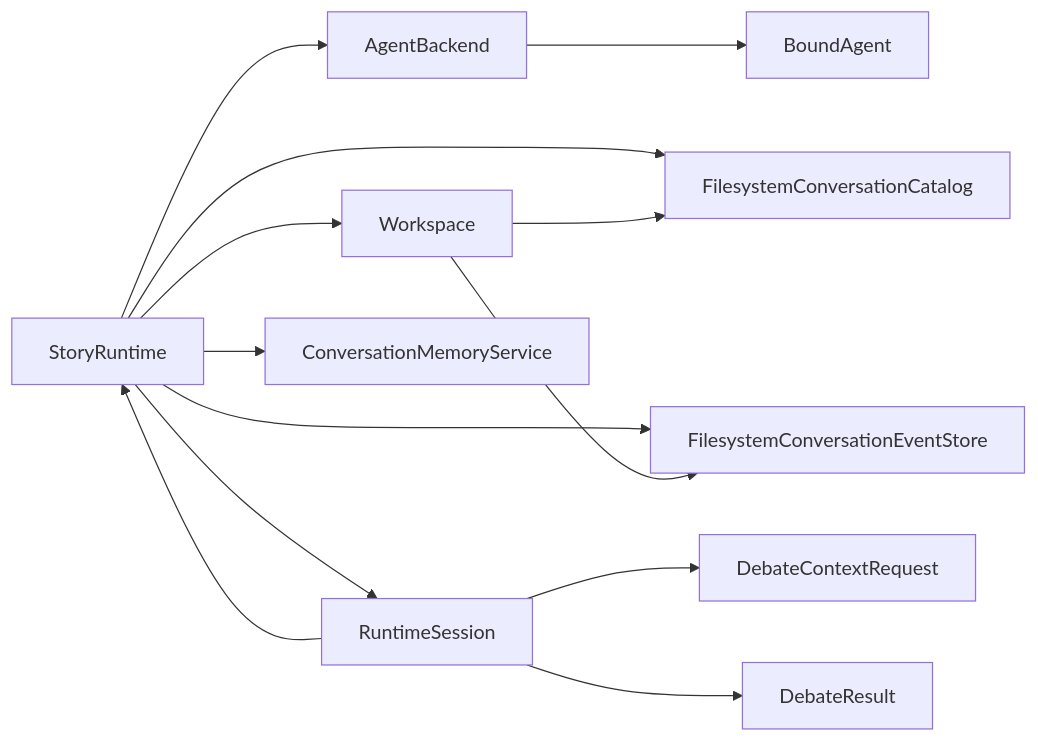
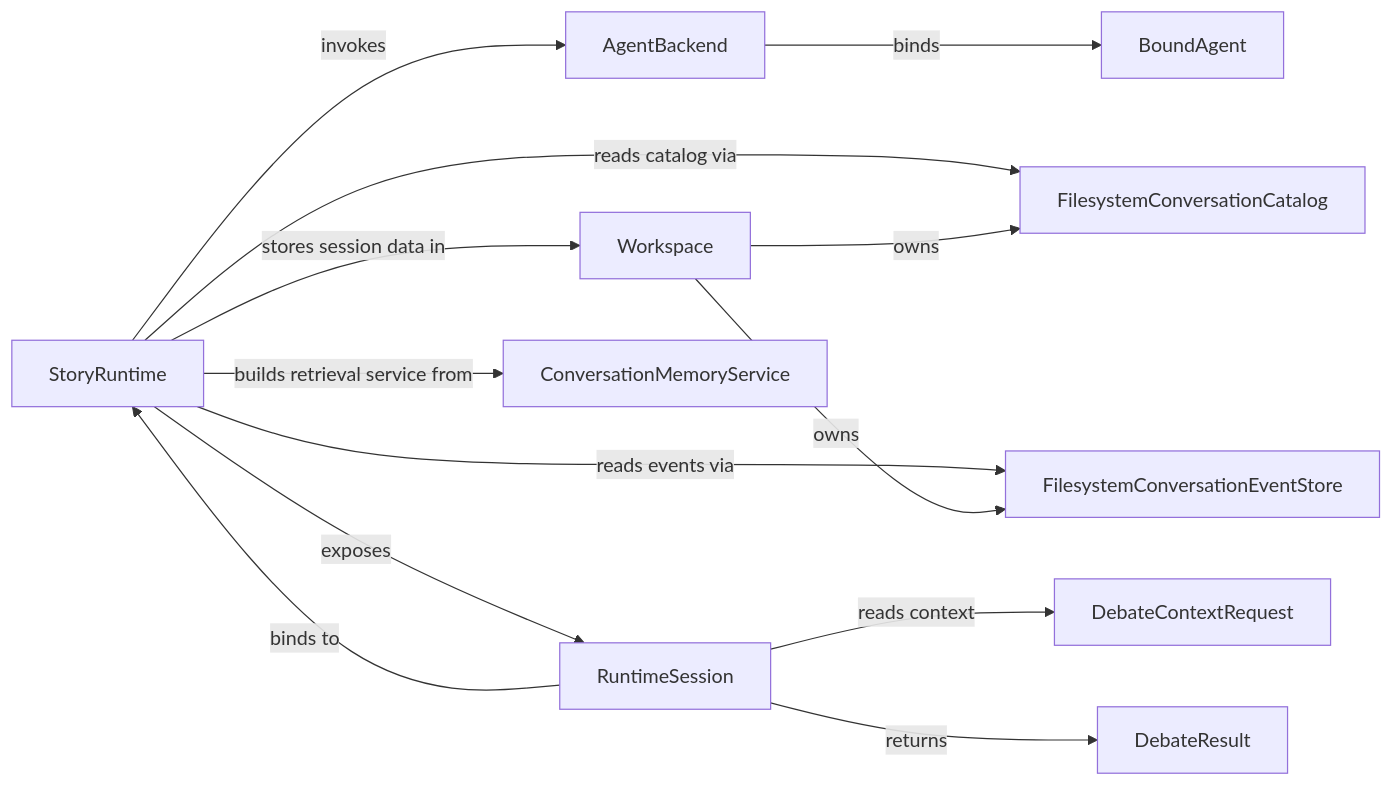
One commit to Kims-DeveloperGroup/story-writing-agents changed the seventh of 9 diagrams in docs/design/overview.md. Above: the diagram before and after it, drawn with Mermaid. The commit also changed other lines of this file, not shown here.

Commit message:
Label diagram links and add short diagram descriptions

````diff
--- a/docs/design/overview.md
+++ b/docs/design/overview.md
@@ -292,26 +302,26 @@
 ```mermaid
 flowchart LR
     SR[StoryRuntime]
     SES[RuntimeSession]
     AB[AgentBackend]
     WS[Workspace]
     C[FilesystemConversationCatalog]
     ES[FilesystemConversationEventStore]
     B1[BoundAgent]
     MMS[ConversationMemoryService]
     CR[DebateContextRequest]
     DR[DebateResult]
 
-    SR --> AB
-    SR --> WS
-    SR --> SES
-    SR --> C
-    SR --> ES
-    SR --> MMS
-    SES --> CR
-    SES --> DR
-    AB --> B1
-    WS --> C
-    WS --> ES
-    SES --> SR
+    SR -->|invokes| AB
+    SR -->|stores session data in| WS
+    SR -->|exposes| SES
+    SR -->|reads catalog via| C
+    SR -->|reads events via| ES
+    SR -->|builds retrieval service from| MMS
+    SES -->|reads context| CR
+    SES -->|returns| DR
+    AB -->|binds| B1
+    WS -->|owns| C
+    WS -->|owns| ES
+    SES -->|binds to| SR
 ```
````
